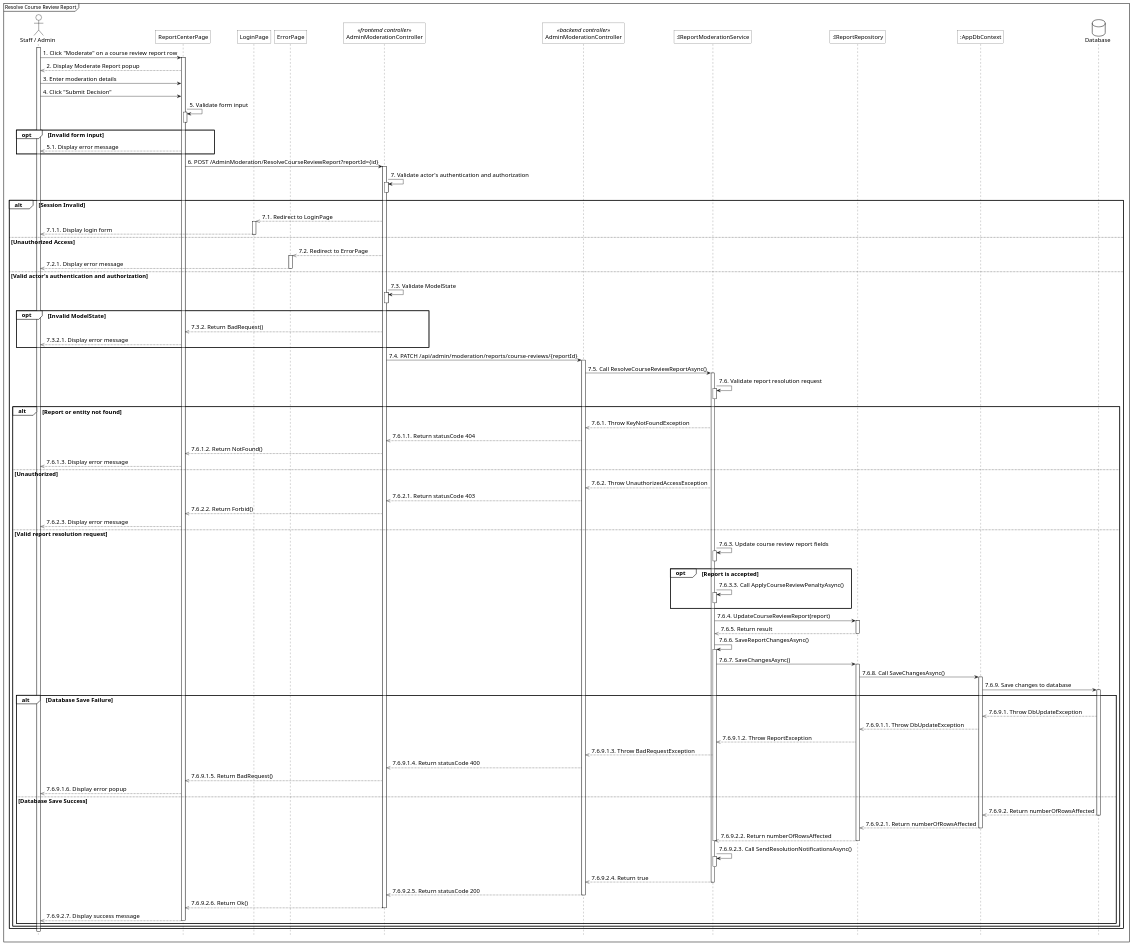
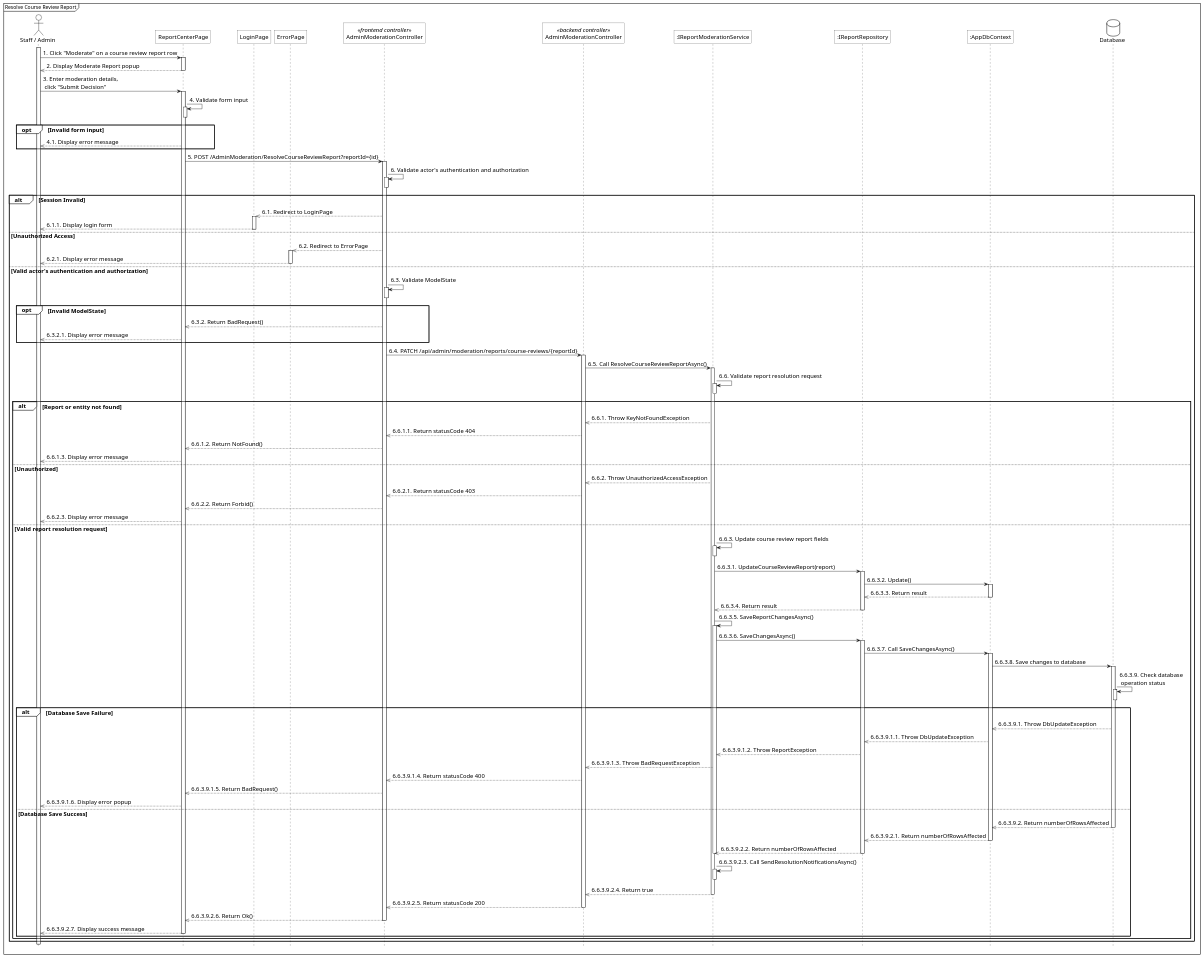
Before and after one commit to 1000do/Linked: the diagram in diagrams/sequence_renumbered/report/resolve_report/sq_resolve_course_review_report.plantuml, drawn with PlantUML. The commit also changed 153 other files, not shown here.

```diff
--- a/diagrams/sequence_renumbered/report/resolve_report/sq_resolve_course_review_report.plantuml
+++ b/diagrams/sequence_renumbered/report/resolve_report/sq_resolve_course_review_report.plantuml
@@ -1,143 +1,142 @@
 @startuml 
 <style>
     sequenceDiagram{
         FontSize 16
 
         arrow {
             ' Set the maximum width of the text on arrows
             MaximumWidth 300
 
         }
         actor{
             BackgroundColor white
             LineThickness 1.0
         }
         participant{
             BackgroundColor white
             RoundCorner 0
         }
         database{
             BackgroundColor white
         }
         groupHeader{
             BackgroundColor white
         }
         referenceHeader{
             BackgroundColor white
         }
         reference{
             BackgroundColor white
         }
     }
 </style>
 
 hide footbox
 mainframe Resolve Course Review Report
 
 actor "Staff / Admin" as act
 participant "ReportCenterPage" as view
 participant "LoginPage" as login_view
 participant "ErrorPage" as error_view
 participant "AdminModerationController" as fe_ctrl <<frontend controller>>
 participant "AdminModerationController" as be_ctrl <<backend controller>>
 participant ":IReportModerationService" as sv
 participant ":IReportRepository" as repo
 participant ":AppDbContext" as ctx
 database Database as db
 
 act ++
 act -> view++:1. Click "Moderate" on a course review report row
-view -->> act:2. Display Moderate Report popup
+view -->> act--:2. Display Moderate Report popup
 
-act -> view:3. Enter moderation details
-act -> view:4. Click "Submit Decision"
+act -> view++:3. Enter moderation details,\n click "Submit Decision"
 
-view -> view++:5. Validate form input
+
+view -> view++:4. Validate form input
 view--
 
 opt Invalid form input
-    view -->> act:5.1. Display error message
+    view -->> act:4.1. Display error message
 end
 
-view -> fe_ctrl++:6. POST /AdminModeration/ResolveCourseReviewReport?reportId={id}
+view -> fe_ctrl++:5. POST /AdminModeration/ResolveCourseReviewReport?reportId={id}
 
-fe_ctrl -> fe_ctrl++:7. Validate actor's authentication and authorization
+fe_ctrl -> fe_ctrl++:6. Validate actor's authentication and authorization
 fe_ctrl--
 
 alt Session Invalid
-    fe_ctrl -->> login_view:7.1. Redirect to LoginPage
+    fe_ctrl -->> login_view:6.1. Redirect to LoginPage
     activate login_view
-    login_view -->> act--:7.1.1. Display login form
+    login_view -->> act--:6.1.1. Display login form
 else Unauthorized Access
-    fe_ctrl -->> error_view:7.2. Redirect to ErrorPage
+    fe_ctrl -->> error_view:6.2. Redirect to ErrorPage
     activate error_view
-    error_view -->> act--:7.2.1. Display error message
+    error_view -->> act--:6.2.1. Display error message
 else Valid actor's authentication and authorization
-    fe_ctrl -> fe_ctrl++:7.3. Validate ModelState
+    fe_ctrl -> fe_ctrl++:6.3. Validate ModelState
     fe_ctrl--
 
 opt Invalid ModelState
-        fe_ctrl -->> view:7.3.2. Return BadRequest()
-        view -->> act:7.3.2.1. Display error message
+        fe_ctrl -->> view:6.3.2. Return BadRequest()
+        view -->> act:6.3.2.1. Display error message
 end
 
-    fe_ctrl -> be_ctrl++:7.4. PATCH /api/admin/moderation/reports/course-reviews/{reportId}
+    fe_ctrl -> be_ctrl++:6.4. PATCH /api/admin/moderation/reports/course-reviews/{reportId}
     
-    be_ctrl -> sv++:7.5. Call ResolveCourseReviewReportAsync()
+    be_ctrl -> sv++:6.5. Call ResolveCourseReviewReportAsync()
     
-    sv -> sv++:7.6. Validate report resolution request
+    sv -> sv++:6.6. Validate report resolution request
     sv--
 
 alt Report or entity not found
-        sv -->> be_ctrl:7.6.1. Throw KeyNotFoundException
-        be_ctrl -->> fe_ctrl:7.6.1.1. Return statusCode 404
-        fe_ctrl -->> view:7.6.1.2. Return NotFound()
-        view -->> act:7.6.1.3. Display error message
+        sv -->> be_ctrl:6.6.1. Throw KeyNotFoundException
+        be_ctrl -->> fe_ctrl:6.6.1.1. Return statusCode 404
+        fe_ctrl -->> view:6.6.1.2. Return NotFound()
+        view -->> act:6.6.1.3. Display error message
 else Unauthorized
-        sv -->> be_ctrl:7.6.2. Throw UnauthorizedAccessException
-        be_ctrl -->> fe_ctrl:7.6.2.1. Return statusCode 403
-        fe_ctrl -->> view:7.6.2.2. Return Forbid()
-        view -->> act:7.6.2.3. Display error message
+        sv -->> be_ctrl:6.6.2. Throw UnauthorizedAccessException
+        be_ctrl -->> fe_ctrl:6.6.2.1. Return statusCode 403
+        fe_ctrl -->> view:6.6.2.2. Return Forbid()
+        view -->> act:6.6.2.3. Display error message
 else Valid report resolution request
-        sv -> sv++:7.6.3. Update course review report fields
+        sv -> sv++:6.6.3. Update course review report fields
         sv--
 
-opt Report is accepted
-        sv -> sv++:7.6.3.3. Call ApplyCourseReviewPenaltyAsync()
-        sv--
-end
 
-    sv -> repo++:7.6.4. UpdateCourseReviewReport(report)
-    repo -->> sv--:7.6.5. Return result
+    sv -> repo++:6.6.3.1. UpdateCourseReviewReport(report)
+    repo -> ctx++:6.6.3.2. Update()
+    ctx-->>repo--:6.6.3.3. Return result
+    repo -->> sv--:6.6.3.4. Return result
 
-    sv -> sv++:7.6.6. SaveReportChangesAsync()
-    sv -> repo++:7.6.7. SaveChangesAsync()
-    repo -> ctx++:7.6.8. Call SaveChangesAsync()
-    ctx -> db++:7.6.9. Save changes to database
-
+    sv -> sv++:6.6.3.5. SaveReportChangesAsync()
+    sv -> repo++:6.6.3.6. SaveChangesAsync()
+    repo -> ctx++:6.6.3.7. Call SaveChangesAsync()
+    ctx -> db++:6.6.3.8. Save changes to database
+    db -> db++:6.6.3.9. Check database\n operation status
+    db--
 alt Database Save Failure
-        db -->> ctx:7.6.9.1. Throw DbUpdateException
-        ctx -->> repo:7.6.9.1.1. Throw DbUpdateException
-        repo -->> sv:7.6.9.1.2. Throw ReportException
-        sv -->> be_ctrl:7.6.9.1.3. Throw BadRequestException
-        be_ctrl -->> fe_ctrl:7.6.9.1.4. Return statusCode 400
-        fe_ctrl -->> view:7.6.9.1.5. Return BadRequest()
-        view -->> act:7.6.9.1.6. Display error popup
+        db -->> ctx:6.6.3.9.1. Throw DbUpdateException
+        ctx -->> repo:6.6.3.9.1.1. Throw DbUpdateException
+        repo -->> sv:6.6.3.9.1.2. Throw ReportException
+        sv -->> be_ctrl:6.6.3.9.1.3. Throw BadRequestException
+        be_ctrl -->> fe_ctrl:6.6.3.9.1.4. Return statusCode 400
+        fe_ctrl -->> view:6.6.3.9.1.5. Return BadRequest()
+        view -->> act:6.6.3.9.1.6. Display error popup
 else Database Save Success
-        db -->> ctx--:7.6.9.2. Return numberOfRowsAffected
-        ctx -->> repo--:7.6.9.2.1. Return numberOfRowsAffected
-        repo -->> sv--:7.6.9.2.2. Return numberOfRowsAffected
+        db -->> ctx--:6.6.3.9.2. Return numberOfRowsAffected
+        ctx -->> repo--:6.6.3.9.2.1. Return numberOfRowsAffected
+        repo -->> sv--:6.6.3.9.2.2. Return numberOfRowsAffected
         sv--
 
-        sv -> sv++:7.6.9.2.3. Call SendResolutionNotificationsAsync()
+        sv -> sv++:6.6.3.9.2.3. Call SendResolutionNotificationsAsync()
         sv--
         
-        sv -->> be_ctrl--:7.6.9.2.4. Return true
-        be_ctrl -->> fe_ctrl--:7.6.9.2.5. Return statusCode 200
-        fe_ctrl -->> view--:7.6.9.2.6. Return Ok()
+        sv -->> be_ctrl--:6.6.3.9.2.4. Return true
+        be_ctrl -->> fe_ctrl--:6.6.3.9.2.5. Return statusCode 200
+        fe_ctrl -->> view--:6.6.3.9.2.6. Return Ok()
         
-        view -->> act--:7.6.9.2.7. Display success message
+        view -->> act--:6.6.3.9.2.7. Display success message
 end
 end
 end
 @enduml
```
